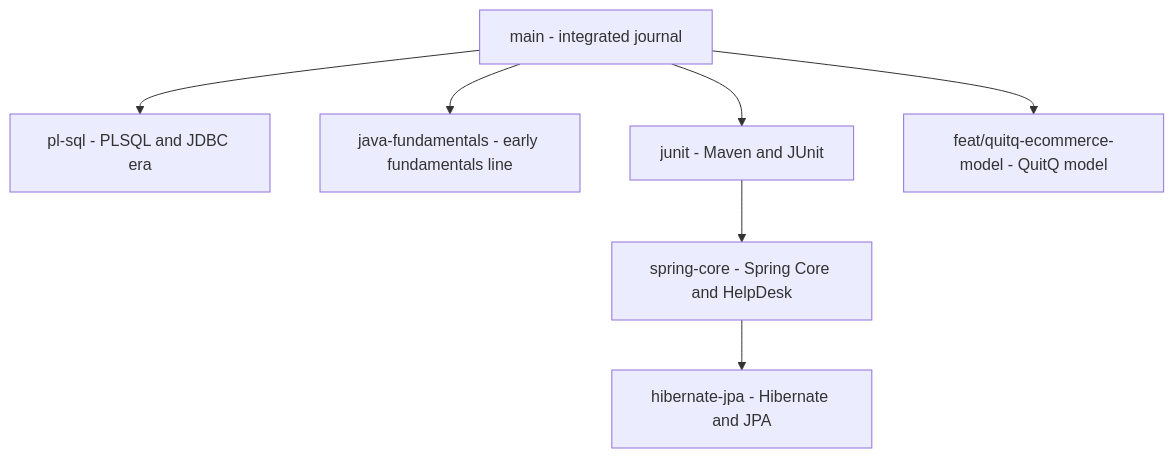
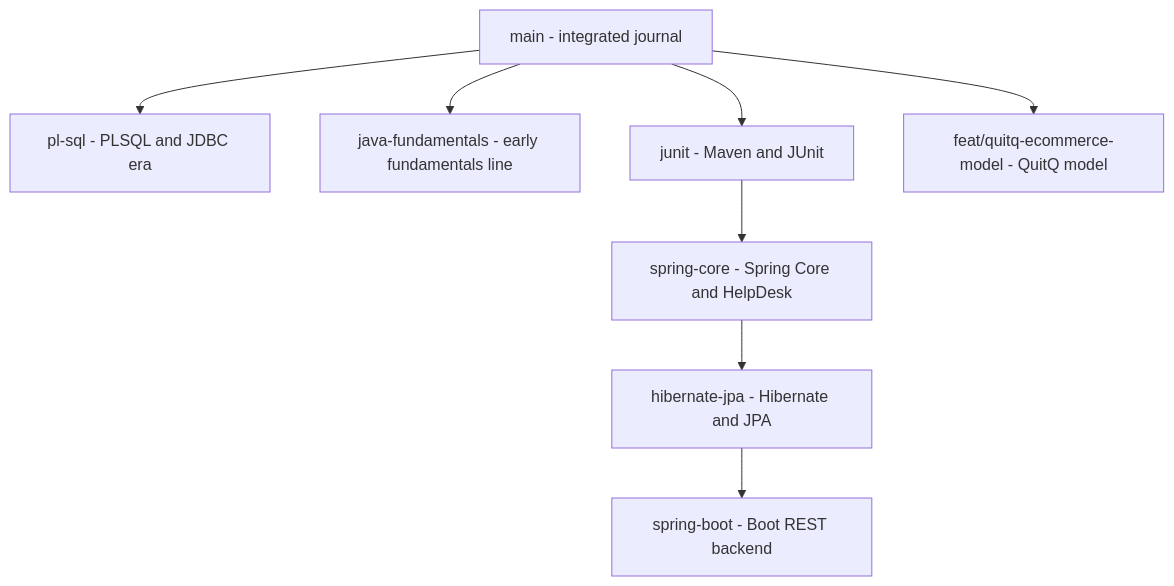
Before and after one commit to KishoreMuruganantham/hexaware-training-journal: the second of 3 diagrams in README.md, drawn with Mermaid. The commit also changed other lines of this file and 1 other file, not shown here.

Commit message:
Merge Spring Boot journal entry into main README

````diff
--- a/README.md
+++ b/README.md
@@ -48,9 +48,10 @@
 ```mermaid
 flowchart TD
     M[main - integrated journal] --> P[pl-sql - PLSQL and JDBC era]
     M --> JF[java-fundamentals - early fundamentals line]
     M --> JU[junit - Maven and JUnit]
     JU --> SC[spring-core - Spring Core and HelpDesk]
     SC --> HJ[hibernate-jpa - Hibernate and JPA]
+    HJ --> SB[spring-boot - Boot REST backend]
     M --> QQ[feat/quitq-ecommerce-model - QuitQ model]
 ```
````
